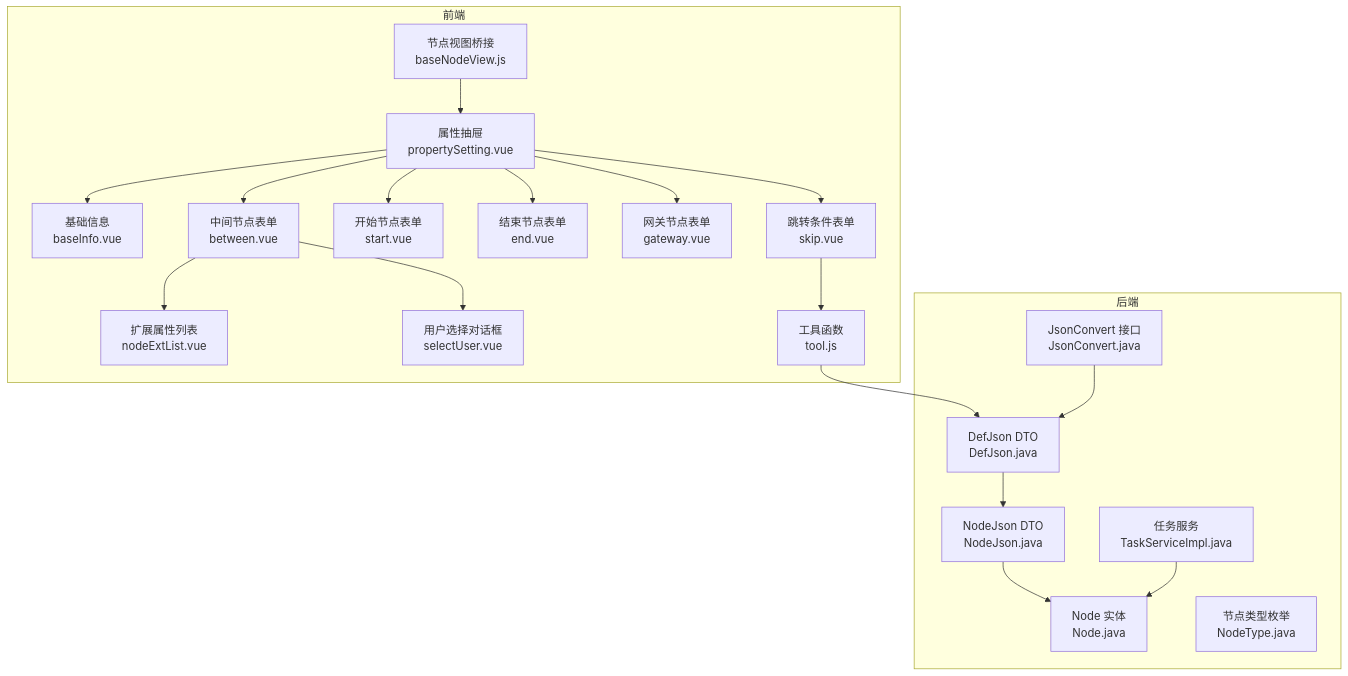
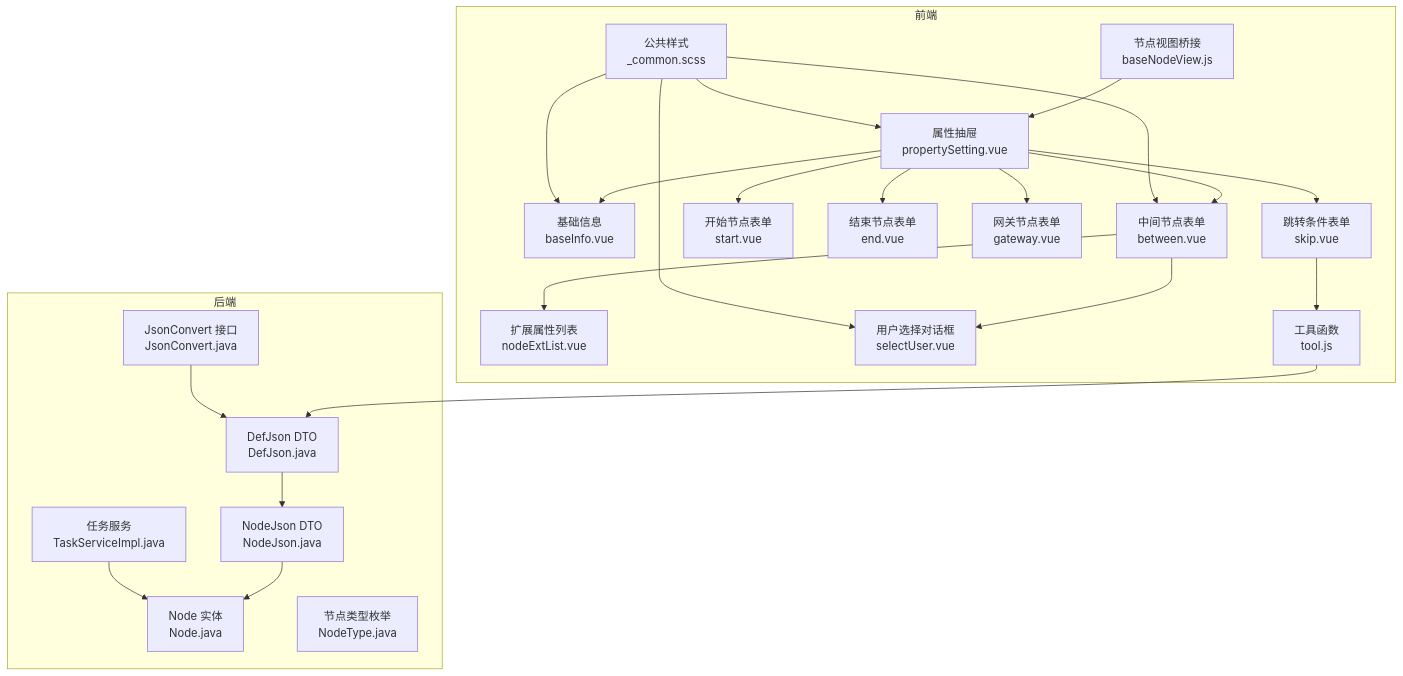
The first of 8 diagrams in .qoder/repowiki/zh/content/可视化设计器/节点属性配置.md (dromara/warm-flow), drawn with Mermaid before and after one commit. The commit also changed other lines of this file and 18 other files, not shown here.

````diff
--- a/.qoder/repowiki/zh/content/可视化设计器/节点属性配置.md
+++ b/.qoder/repowiki/zh/content/可视化设计器/节点属性配置.md
@@ -46,39 +59,44 @@
 ```mermaid
 graph TB
 subgraph "前端"
 PS["属性抽屉<br/>propertySetting.vue"]
 BI["基础信息<br/>baseInfo.vue"]
 BT["中间节点表单<br/>between.vue"]
 ST["开始节点表单<br/>start.vue"]
 ED["结束节点表单<br/>end.vue"]
 GW["网关节点表单<br/>gateway.vue"]
 SK["跳转条件表单<br/>skip.vue"]
 NE["扩展属性列表<br/>nodeExtList.vue"]
 SU["用户选择对话框<br/>selectUser.vue"]
 TL["工具函数<br/>tool.js"]
 BV["节点视图桥接<br/>baseNodeView.js"]
+CS["公共样式<br/>_common.scss"]
 end
 subgraph "后端"
 NJ["Node 实体<br/>Node.java"]
 DJ["DefJson DTO<br/>DefJson.java"]
 NJs["NodeJson DTO<br/>NodeJson.java"]
 JC["JsonConvert 接口<br/>JsonConvert.java"]
 NT["节点类型枚举<br/>NodeType.java"]
 TS["任务服务<br/>TaskServiceImpl.java"]
 end
 PS --> BI
 PS --> BT
 PS --> ST
 PS --> ED
 PS --> GW
 PS --> SK
 BT --> NE
 BT --> SU
 SK --> TL
 BV --> PS
 TL --> DJ
 DJ --> NJs
 NJs --> NJ
 JC --> DJ
 TS --> NJ
+CS --> PS
+CS --> BI
+CS --> BT
+CS --> SU
 ```
````
